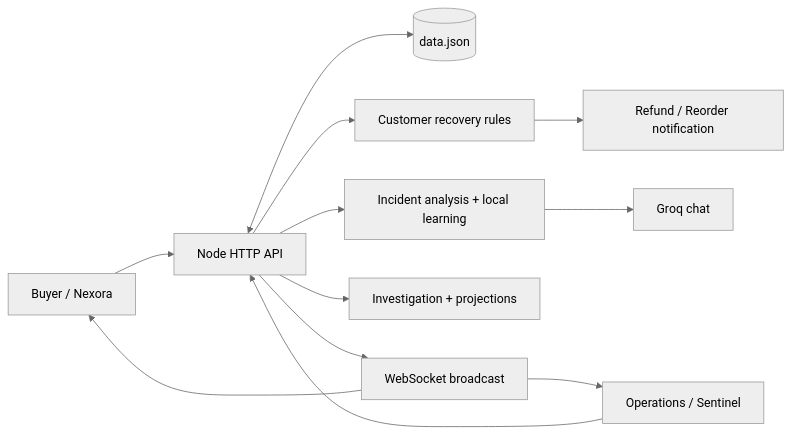
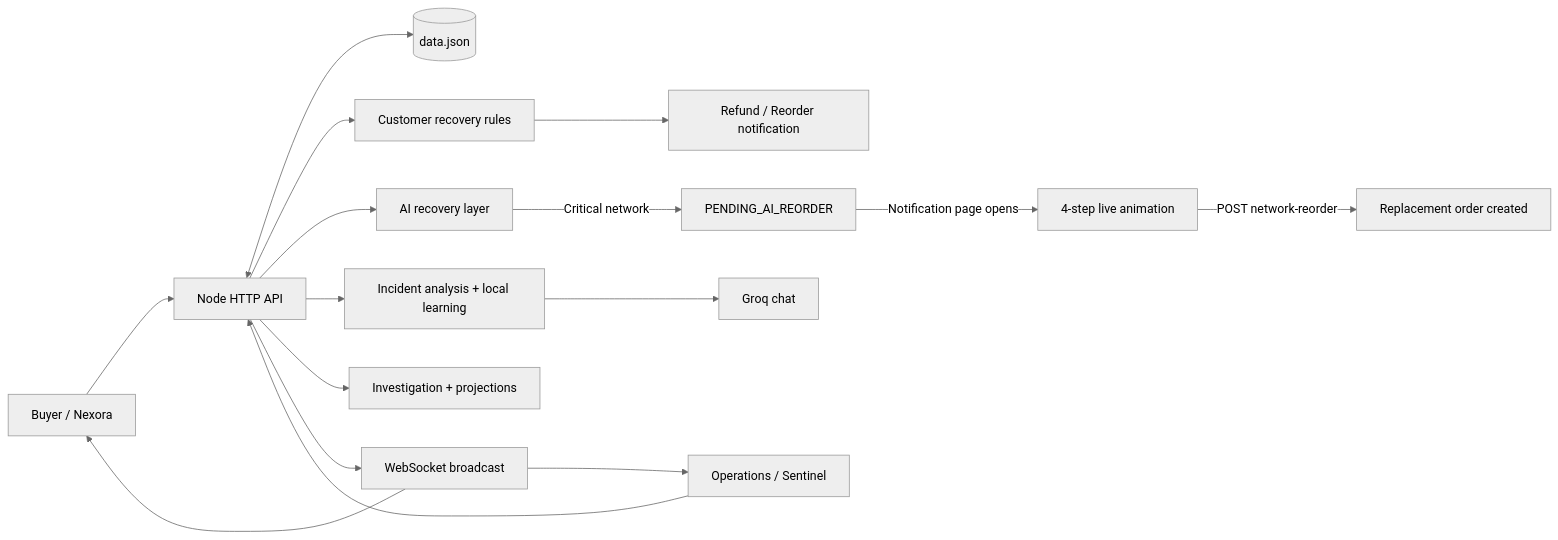
The first of 2 diagrams in README.md (btechece241829-del/enterprise-agent), drawn with Mermaid (neutral theme) before and after one commit. The commit also changed other lines of this file and 3 other files, not shown here.

First line of the commit message:
Live AI reorder animation on notification page for critical network checkout

````diff
--- a/README.md
+++ b/README.md
@@ -63,14 +64,18 @@
 ```mermaid
 flowchart LR
     Buyer[Buyer / Nexora] --> API[Node HTTP API]
     Admin[Operations / Sentinel] --> API
     API <--> Store[(data.json)]
     API --> Recovery[Customer recovery rules]
     Recovery --> Alerts[Refund / Reorder notification]
+    API --> AI[AI recovery layer]
+    AI -->|Critical network| Queue[PENDING_AI_REORDER]
+    Queue -->|Notification page opens| Animate[4-step live animation]
+    Animate -->|POST network-reorder| Confirm[Replacement order created]
     API --> Analysis[Incident analysis + local learning]
     Analysis --> Groq[Groq chat]
     API --> Prediction[Investigation + projections]
     API --> WS[WebSocket broadcast]
     WS --> Buyer
     WS --> Admin
 ```
````
